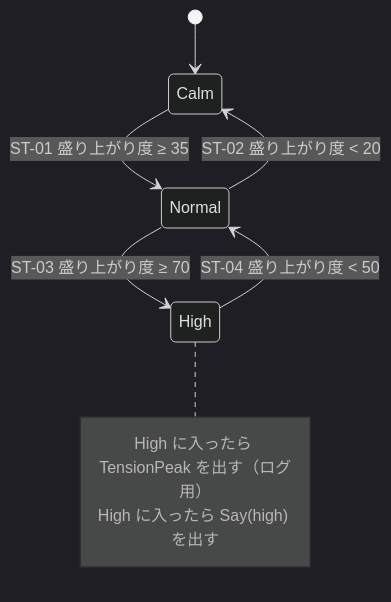
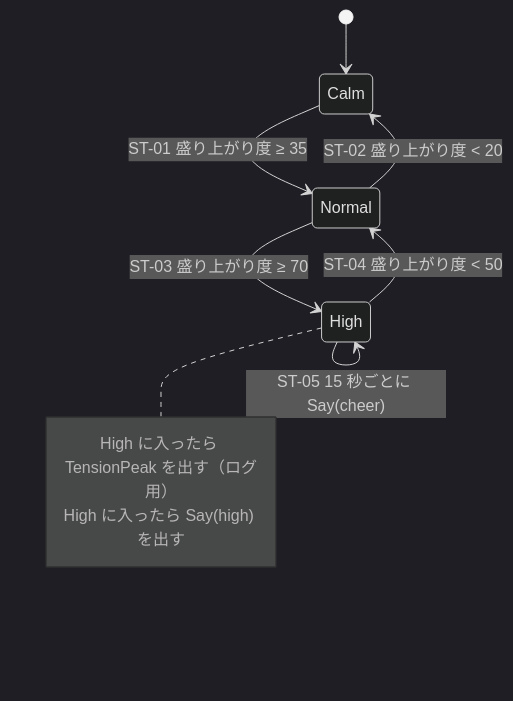
The second of 4 diagrams in docs/state-machine.md (Tsukimi-0919/stream-buddy), drawn with Mermaid (dark theme) before and after one commit. The commit also changed other lines of this file and 18 other files, not shown here.

````diff
--- a/docs/state-machine.md
+++ b/docs/state-machine.md
@@ -72,12 +72,13 @@
 ```mermaid
 stateDiagram-v2
     [*] --> Calm
     Calm --> Normal: ST-01 盛り上がり度 ≥ 35
     Normal --> Calm: ST-02 盛り上がり度 < 20
     Normal --> High: ST-03 盛り上がり度 ≥ 70
     High --> Normal: ST-04 盛り上がり度 < 50
+    High --> High: ST-05 15 秒ごとに Say(cheer)
     note right of High
         High に入ったら TensionPeak を出す（ログ用）
         High に入ったら Say(high) を出す
     end note
 ```
````
